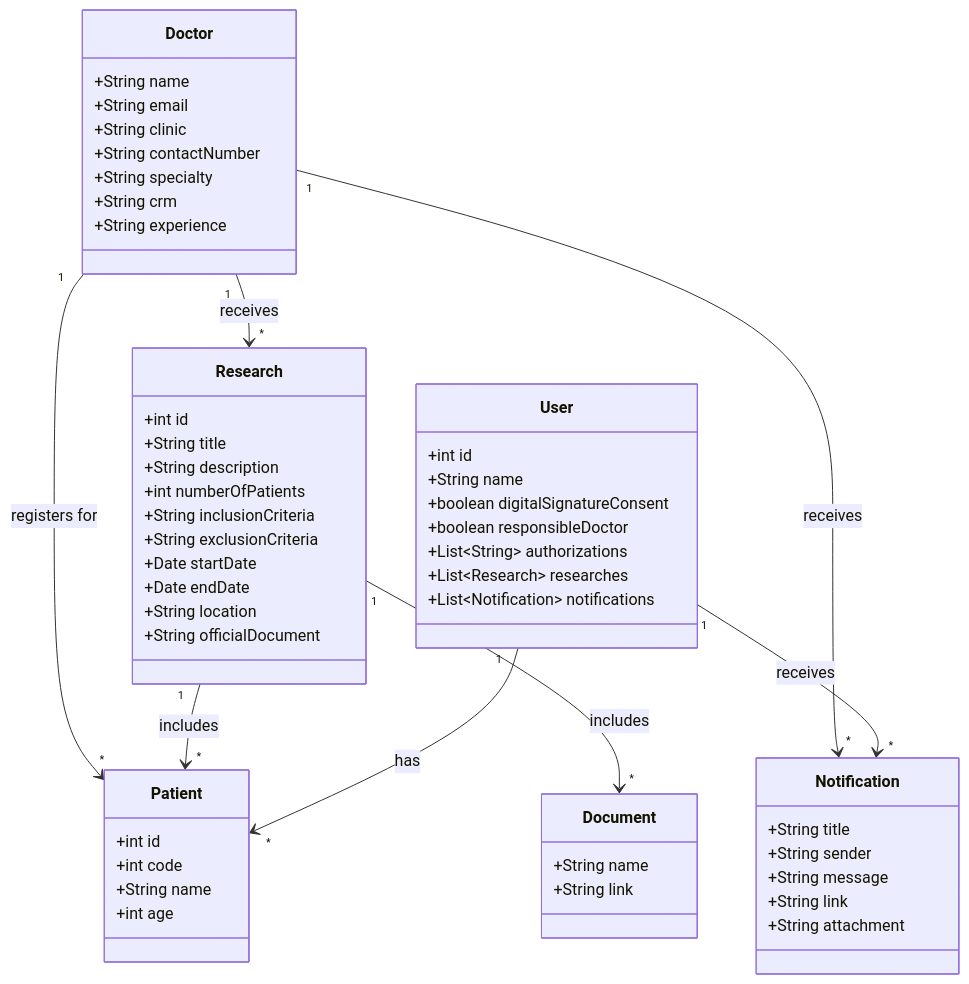
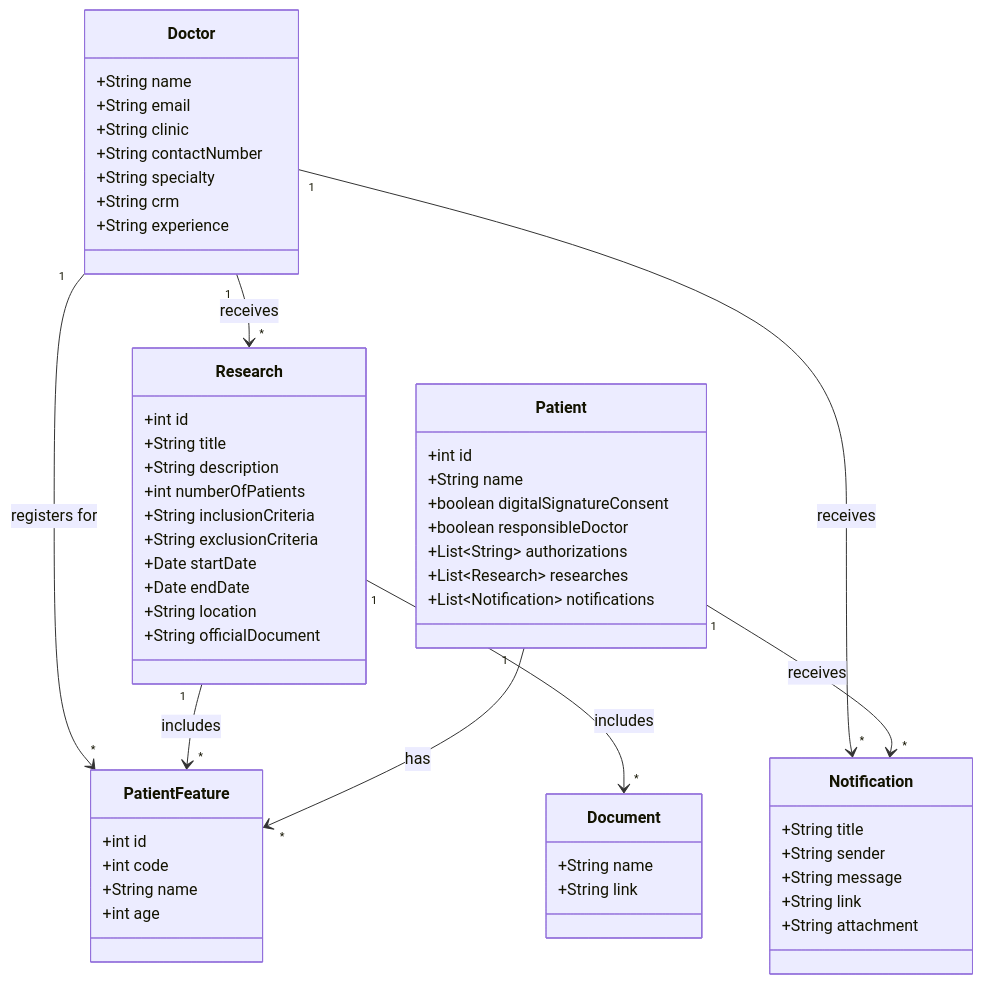
Before and after one commit to andrefilipe1310/inovamed-: the third of 17 diagrams in README.md, drawn with Mermaid.

````diff
--- a/README.md
+++ b/README.md
@@ -50,66 +50,66 @@
 ```mermaid
 classDiagram
     class Doctor {
         +String name
         +String email
         +String clinic
         +String contactNumber
         +String specialty
         +String crm
         +String experience
     }
 
-    class User {
+    class Patient {
         +int id
         +String name
         +boolean digitalSignatureConsent
         +boolean responsibleDoctor
         +List~String~ authorizations
         +List~Research~ researches
         +List~Notification~ notifications
     }
 
-    class Patient {
+    class PatientFeature {
         +int id
         +int code
         +String name
         +int age
     }
 
     class Research {
         +int id
         +String title
         +String description
         +int numberOfPatients
         +String inclusionCriteria
         +String exclusionCriteria
         +Date startDate
         +Date endDate
         +String location
         +String officialDocument
     }
 
     class Document {
         +String name
         +String link
     }
 
     class Notification {
         +String title
         +String sender
         +String message
         +String link
         +String attachment
     }
 
     Doctor "1" --> "*" Research : receives
-    Doctor "1" --> "*" Patient : registers for
-    Research "1" --> "*" Patient : includes
+    Doctor "1" --> "*" PatientFeature : registers for
+    Research "1" --> "*" PatientFeature : includes
     Research "1" --> "*" Document : includes
     Doctor "1" --> "*" Notification : receives
-    User "1" --> "*" Notification : receives
-    User "1" --> "*" Patient : has
+    Patient "1" --> "*" Notification : receives
+    Patient "1" --> "*" PatientFeature : has
 
 
 
 ```
````
